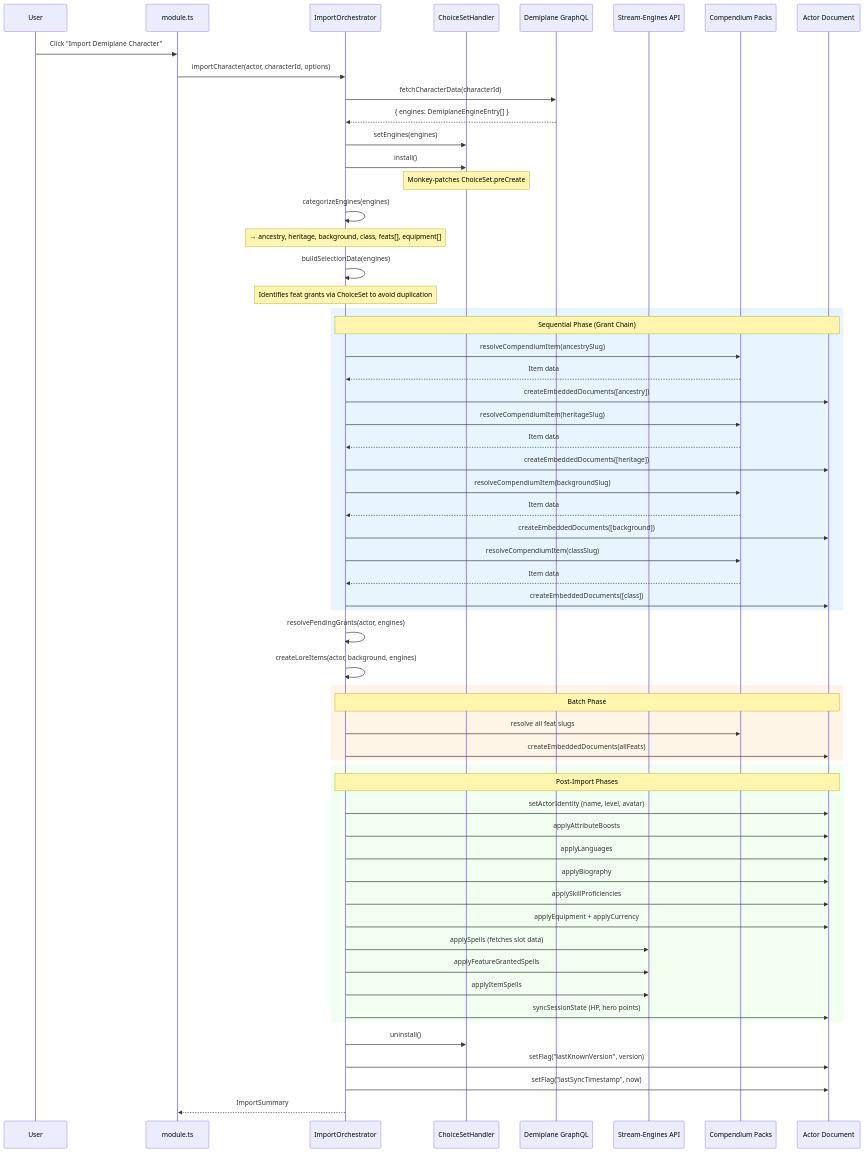
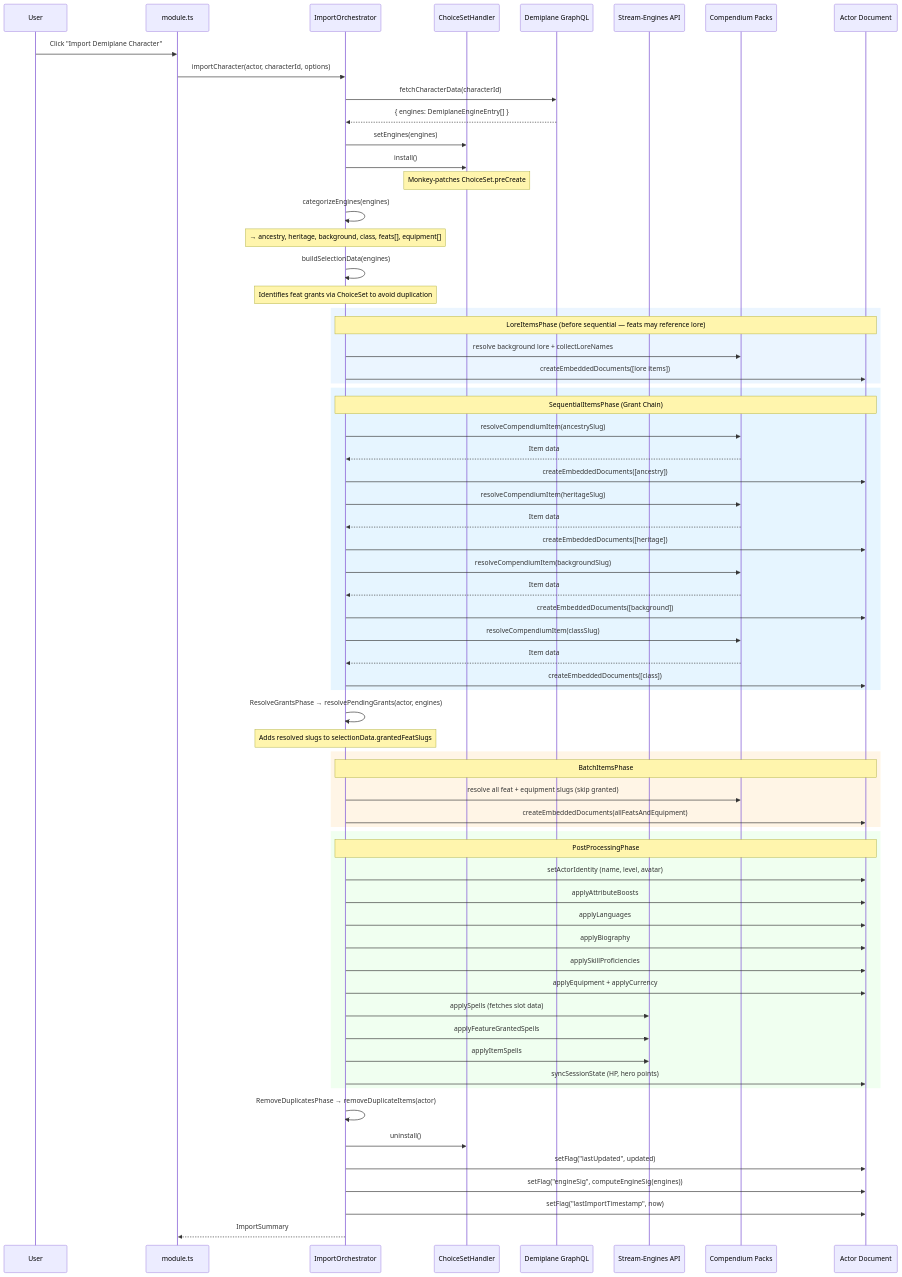
One commit to scooper4711/demiplane-pf2e changed the fourth of 7 diagrams in docs/ARCHITECTURE.md. Above: the diagram before and after it, drawn with Mermaid. The commit also changed other lines of this file, not shown here.

First line of the commit message:
docs(P1-4): reflect ImportPhase pipeline in ARCHITECTURE.md

````diff
--- a/docs/ARCHITECTURE.md
+++ b/docs/ARCHITECTURE.md
@@ -361,8 +403,14 @@
     IO->>IO: buildSelectionData(engines)
     Note over IO: Identifies feat grants via ChoiceSet to avoid duplication
 
+    rect rgb(235, 245, 255)
+        Note over IO,Act: LoreItemsPhase (before sequential — feats may reference lore)
+        IO->>Comp: resolve background lore + collectLoreNames
+        IO->>Act: createEmbeddedDocuments([lore items])
+    end
+
     rect rgb(230, 245, 255)
-        Note over IO,Act: Sequential Phase (Grant Chain)
+        Note over IO,Act: SequentialItemsPhase (Grant Chain)
         IO->>Comp: resolveCompendiumItem(ancestrySlug)
         Comp-->>IO: Item data
         IO->>Act: createEmbeddedDocuments([ancestry])
@@ -380,17 +428,17 @@
         IO->>Act: createEmbeddedDocuments([class])
     end
 
-    IO->>IO: resolvePendingGrants(actor, engines)
-    IO->>IO: createLoreItems(actor, background, engines)
+    IO->>IO: ResolveGrantsPhase → resolvePendingGrants(actor, engines)
+    Note over IO: Adds resolved slugs to selectionData.grantedFeatSlugs
 
     rect rgb(255, 245, 230)
-        Note over IO,Act: Batch Phase
-        IO->>Comp: resolve all feat slugs
-        IO->>Act: createEmbeddedDocuments(allFeats)
+        Note over IO,Act: BatchItemsPhase
+        IO->>Comp: resolve all feat + equipment slugs (skip granted)
+        IO->>Act: createEmbeddedDocuments(allFeatsAndEquipment)
     end
 
     rect rgb(240, 255, 240)
-        Note over IO,Act: Post-Import Phases
+        Note over IO,Act: PostProcessingPhase
         IO->>Act: setActorIdentity (name, level, avatar)
         IO->>Act: applyAttributeBoosts
         IO->>Act: applyLanguages
@@ -403,8 +451,11 @@
         IO->>Act: syncSessionState (HP, hero points)
     end
 
+    IO->>IO: RemoveDuplicatesPhase → removeDuplicateItems(actor)
+
     IO->>CSH: uninstall()
-    IO->>Act: setFlag("lastKnownVersion", version)
-    IO->>Act: setFlag("lastSyncTimestamp", now)
+    IO->>Act: setFlag("lastUpdated", updated)
+    IO->>Act: setFlag("engineSig", computeEngineSig(engines))
+    IO->>Act: setFlag("lastImportTimestamp", now)
     IO-->>Module: ImportSummary
 ```
````
